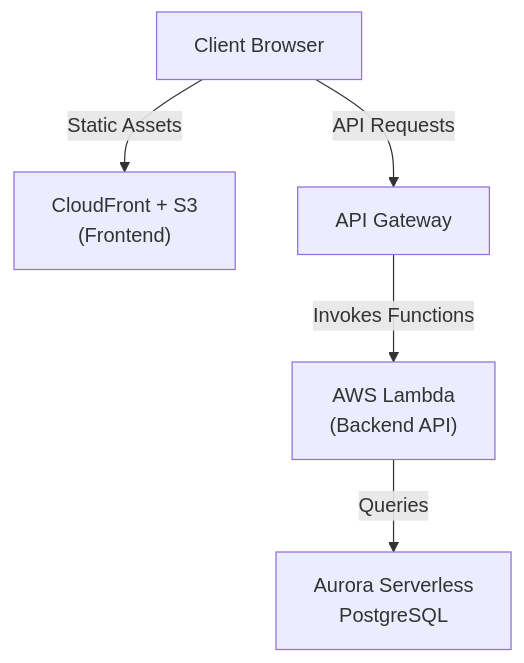
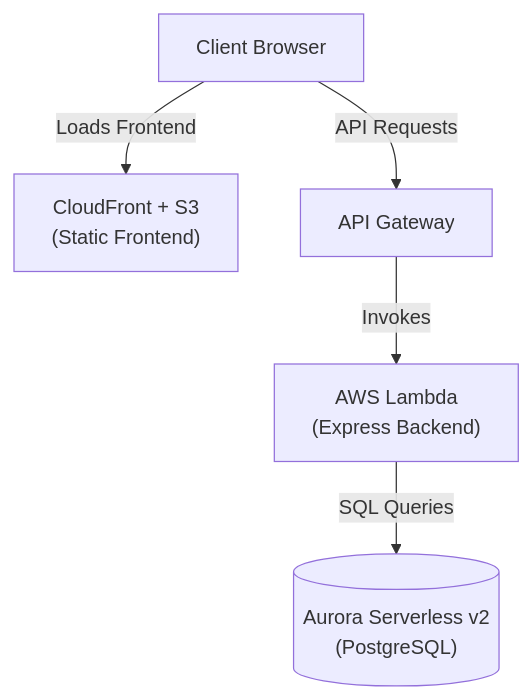
One commit to shamitsoni/Quiz-App changed the second of 2 diagrams in README.md. Above: the diagram before and after it, drawn with Mermaid. The commit also changed other lines of this file, not shown here.

````diff
--- a/README.md
+++ b/README.md
@@ -37,13 +50,13 @@
 ```mermaid
 flowchart TD
     C["Client Browser"]
-    CDN["CloudFront + S3<br>(Frontend)"]
+    CDN["CloudFront + S3<br>(Static Frontend)"]
     APIGW["API Gateway"]
-    LAMBDA["AWS Lambda<br>(Backend API)"]
-    DB["Aurora Serverless<br>PostgreSQL"]
+    LAMBDA["AWS Lambda<br>(Express Backend)"]
+    DB[("Aurora Serverless v2<br>(PostgreSQL)")]
 
-    C -->|Static Assets| CDN
+    C -->|Loads Frontend| CDN
     C -->|API Requests| APIGW
-    APIGW -->|Invokes Functions| LAMBDA
-    LAMBDA -->|Queries| DB
+    APIGW -->|Invokes| LAMBDA
+    LAMBDA -->|SQL Queries| DB
 ```
````
